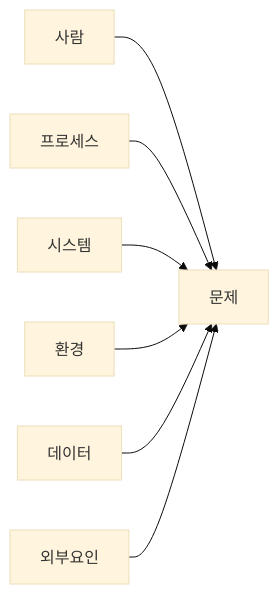
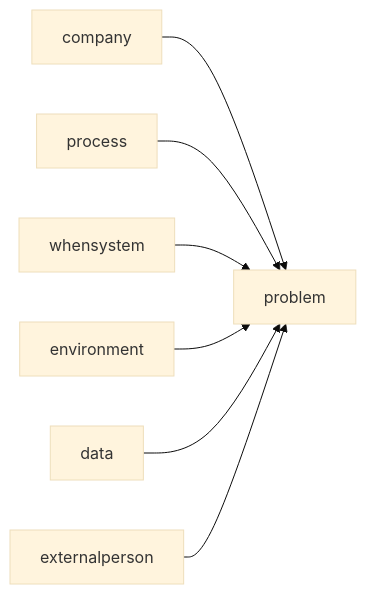
Before and after one commit to chodolmu/taskforge-pro: the diagram in harnesses/communication/meeting-strategist/skills/facilitation-techniques/skill.md, drawn with Mermaid (base theme). The commit also changed other lines of this file and 952 other files, not shown here.

````diff
--- a/harnesses/communication/meeting-strategist/skills/facilitation-techniques/skill.md
+++ b/harnesses/communication/meeting-strategist/skills/facilitation-techniques/skill.md
@@ -62,9 +62,9 @@
 ```mermaid
 flowchart LR
-    M1[사람] --> P[문제]
-    M2[프로세스] --> P
-    M3[시스템] --> P
-    M4[환경] --> P
-    M5[데이터] --> P
-    M6[외부요인] --> P
+ M1[company] --> P[problem]
+ M2[process] --> P
+ M3[whensystem] --> P
+ M4[environment] --> P
+ M5[data] --> P
+ M6[externalperson] --> P
 ```
````
